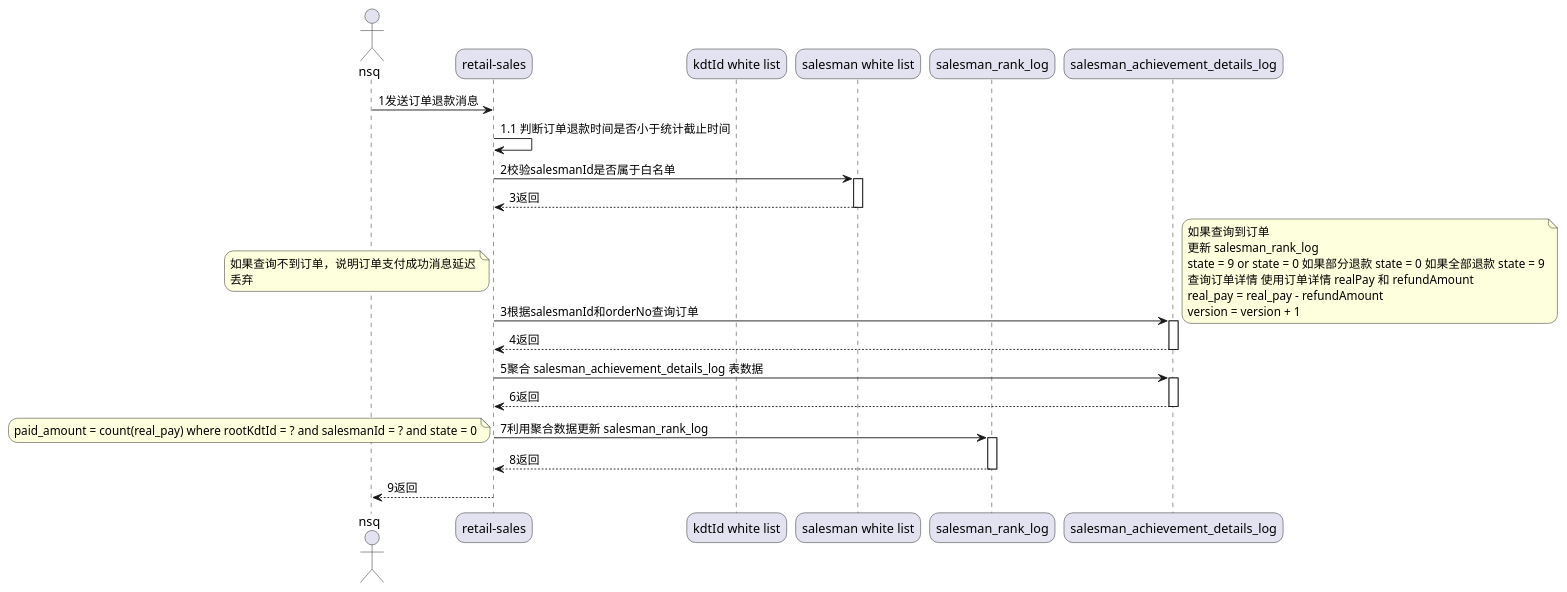
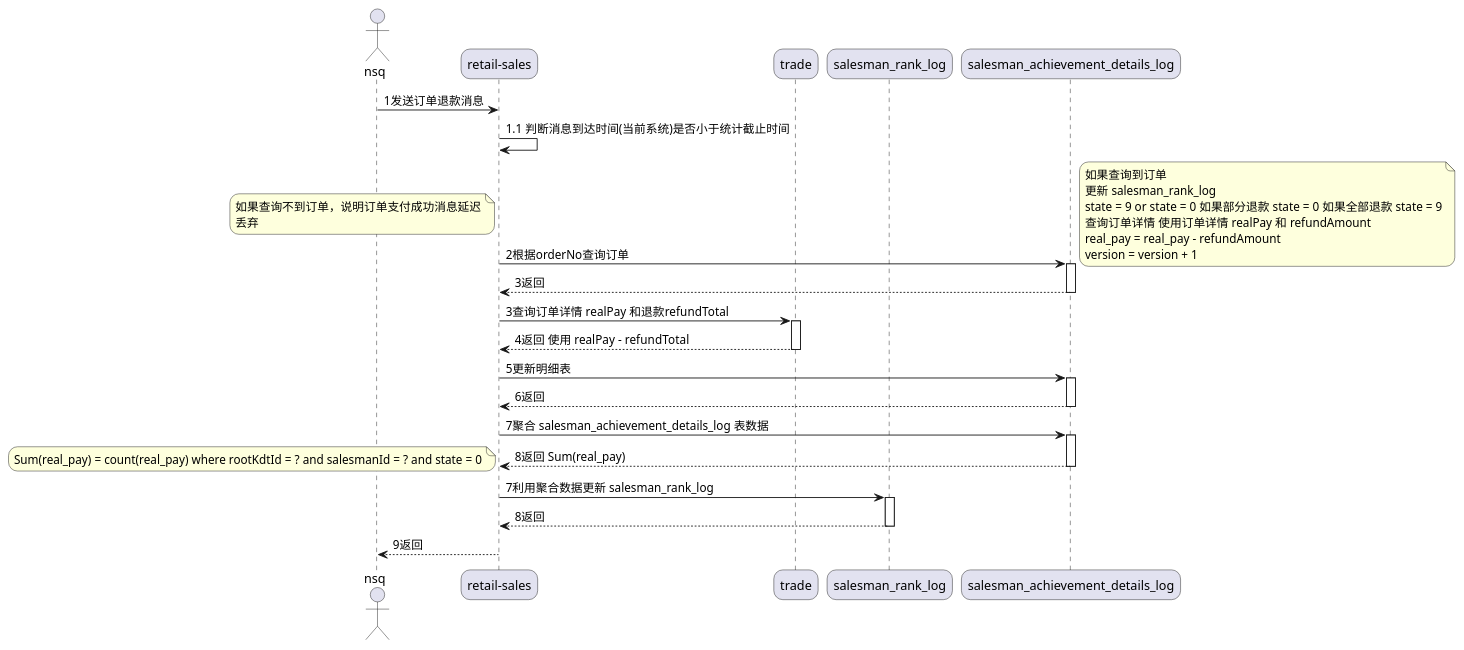
One commit to xauvlove/todo changed the diagram in target/classes/plants/金牌导购/订单退款.puml. Above: the diagram before and after it, drawn with PlantUML. The commit also changed 70 other files, not shown here.

```diff
--- a/target/classes/plants/金牌导购/订单退款.puml
+++ b/target/classes/plants/金牌导购/订单退款.puml
@@ -1,56 +1,57 @@
 @startuml
 skinparam sequenceArrowThickness 1
 skinparam roundcorner 20
 skinparam maxmessagesize 500
 /'skinparam sequenceParticipant underline'/
 
 actor nsq as nsq
 
 participant "retail-sales" as sales
-participant "kdtId white list" as list
-participant "salesman white list" as list2
+participant "trade" as trade
 
 participant "salesman_rank_log" as t1
 participant "salesman_achievement_details_log" as t2
 
 nsq -> sales : 1发送订单退款消息
 
-sales -> sales : 1.1 判断订单退款时间是否小于统计截止时间
-/'sales -> sales : 1.1加分布式锁
-activate sales
-return'/
+sales -> sales : 1.1 判断消息到达时间(当前系统)是否小于统计截止时间
 
-sales -> list2 : 2校验salesmanId是否属于白名单
-activate list2
-return 3返回
-
-sales -> t2 : 3根据salesmanId和orderNo查询订单
+sales -> t2 : 2根据orderNo查询订单
 activate t2
 note left
     如果查询不到订单，说明订单支付成功消息延迟
     丢弃
 end note
 
 note right
     如果查询到订单
     更新 salesman_rank_log
     state = 9 or state = 0 如果部分退款 state = 0 如果全部退款 state = 9
     查询订单详情 使用订单详情 realPay 和 refundAmount
     real_pay = real_pay - refundAmount
     version = version + 1
 end note
-return 4返回
+return 3返回
 
-sales -> t2 : 5聚合 salesman_achievement_details_log 表数据
+sales -> trade : 3查询订单详情 realPay 和退款refundTotal
+activate trade
+return 4返回 使用 realPay - refundTotal
+
+sales -> t2 : 5更新明细表
 activate t2
 return 6返回
 
+sales -> t2 : 7聚合 salesman_achievement_details_log 表数据
+activate t2
+return 8返回 Sum(real_pay)
+note left
+    Sum(real_pay) = count(real_pay) where rootKdtId = ? and salesmanId = ? and state = 0
+end note
+
 sales -> t1 : 7利用聚合数据更新 salesman_rank_log
-note left
-    paid_amount = count(real_pay) where rootKdtId = ? and salesmanId = ? and state = 0
-end note
+
 activate t1
 return 8返回
 
 sales --> nsq : 9返回
 @enduml
```
